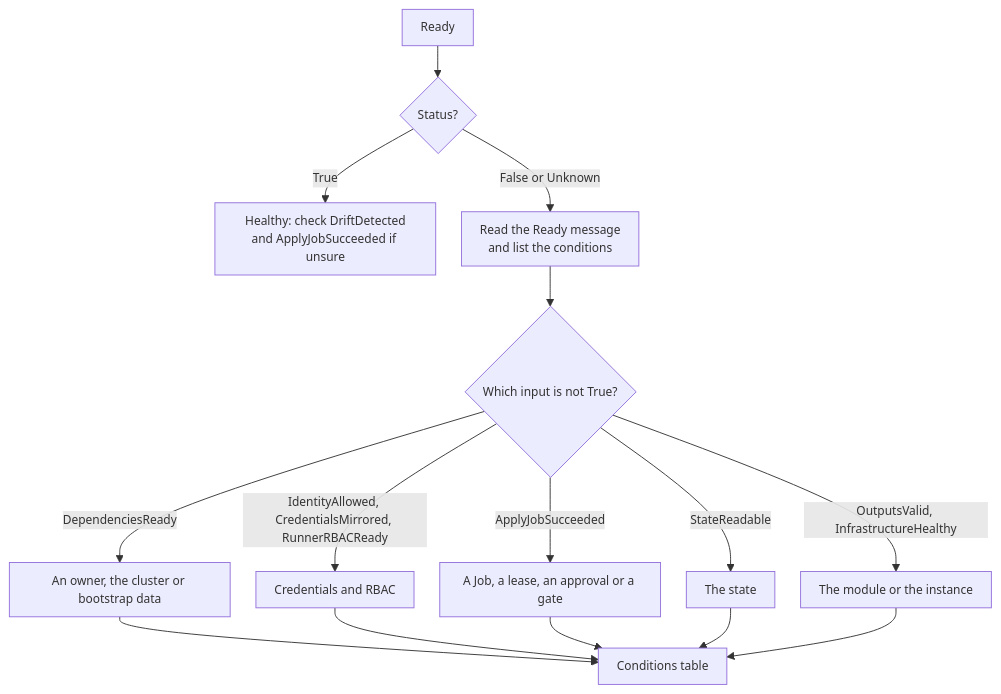
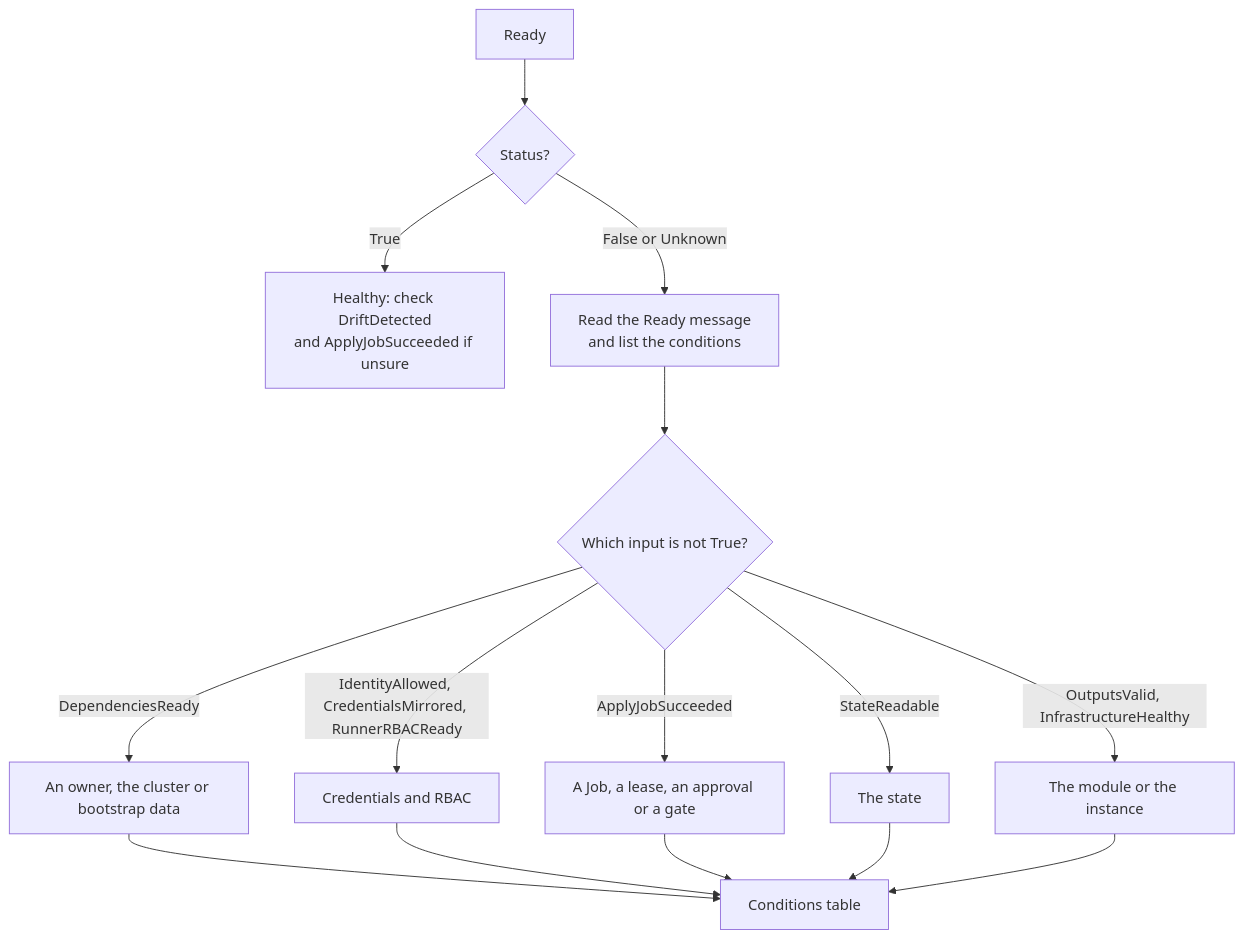
One commit to captf-io/captf-io.github.io changed the diagram in docs/docs/operator-guide/troubleshooting/README.md. Above: the diagram before and after it, drawn with Mermaid. The commit also changed 14 other files, not shown here.

First line of the commit message:
site: give Mermaid diagrams room and a full view

````diff
--- a/docs/docs/operator-guide/troubleshooting/README.md
+++ b/docs/docs/operator-guide/troubleshooting/README.md
@@ -125,18 +125,17 @@
 ```mermaid
-%%{init: {"themeVariables": {"fontSize": "13px"}, "flowchart": {"nodeSpacing": 28, "rankSpacing": 34, "padding": 10}}}%%
 flowchart TD
     A[Ready] --> B{Status?}
     B -- True --> C[Healthy: check DriftDetected<br/>and ApplyJobSucceeded if unsure]
     B -- False or Unknown --> D[Read the Ready message<br/>and list the conditions]
     D --> E{Which input is not True?}
     E -- DependenciesReady --> F[An owner, the cluster or bootstrap data]
     E -- IdentityAllowed, CredentialsMirrored, RunnerRBACReady --> G[Credentials and RBAC]
     E -- ApplyJobSucceeded --> H[A Job, a lease, an approval or a gate]
     E -- StateReadable --> I[The state]
     E -- OutputsValid, InfrastructureHealthy --> J[The module or the instance]
     F --> K[Conditions table]
     G --> K
     H --> K
     I --> K
     J --> K
 ```
````
